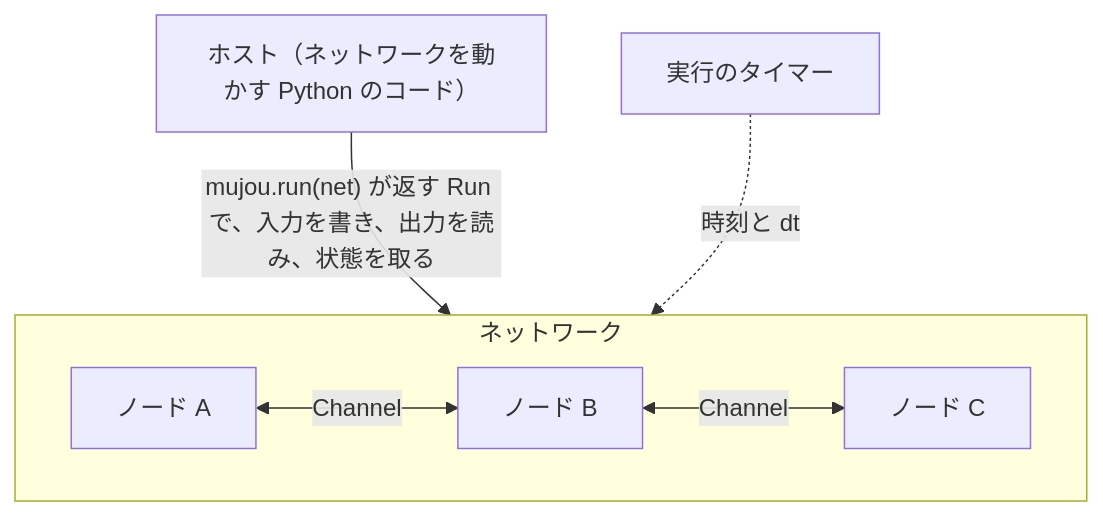
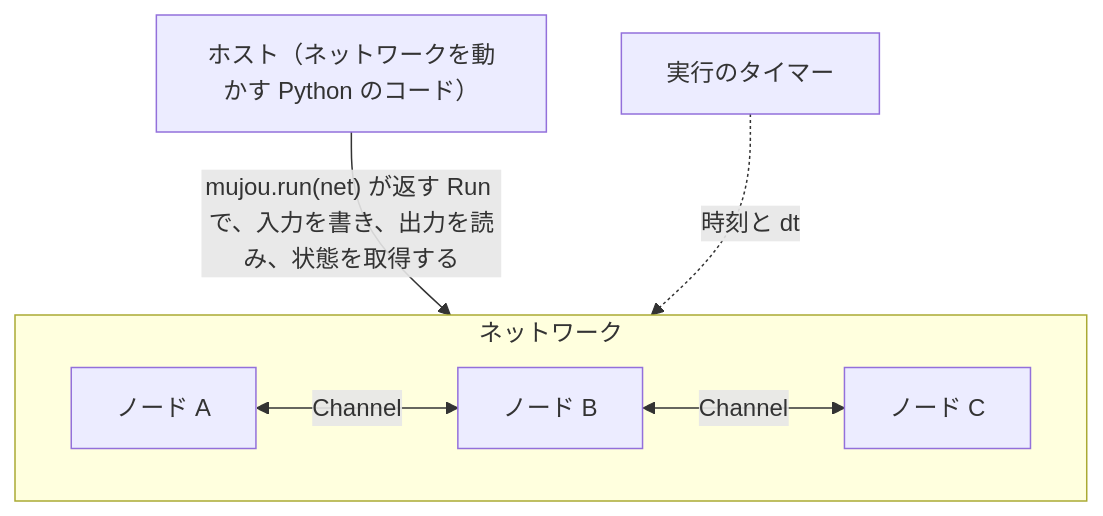
The diagram in docs/ja/concepts.md (Geson-anko/mujou), drawn with Mermaid before and after one commit. The commit also changed other lines of this file and 13 other files, not shown here.

````diff
--- a/docs/ja/concepts.md
+++ b/docs/ja/concepts.md
@@ -13,11 +13,11 @@
 ```mermaid
 flowchart TB
     H["ホスト（ネットワークを動かす Python のコード）"]
     subgraph N["ネットワーク"]
         direction LR
         A["ノード A"] <-->|Channel| B["ノード B"] <-->|Channel| C["ノード C"]
     end
     T["実行のタイマー"]
-    H -->|"mujou.run(net) が返す Run で、入力を書き、出力を読み、状態を取る"| N
+    H -->|"mujou.run(net) が返す Run で、入力を書き、出力を読み、状態を取得する"| N
     T -.->|"時刻と dt"| N
 ```
````
